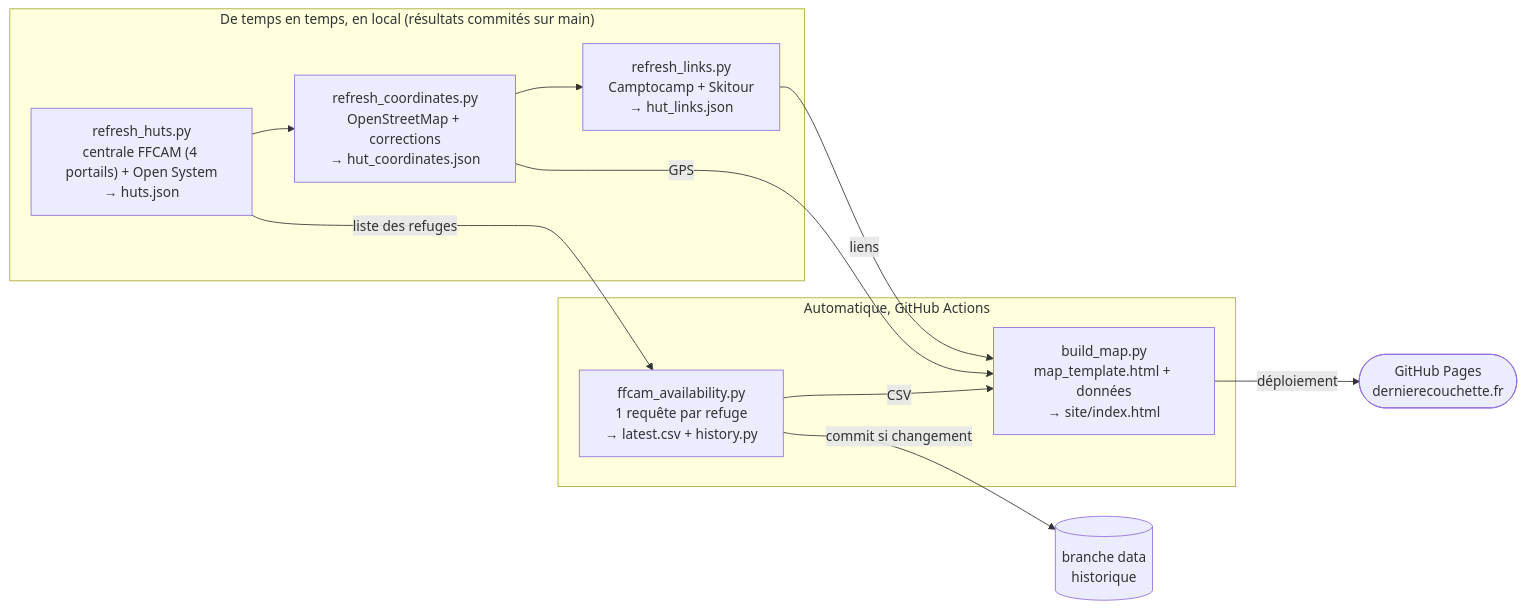
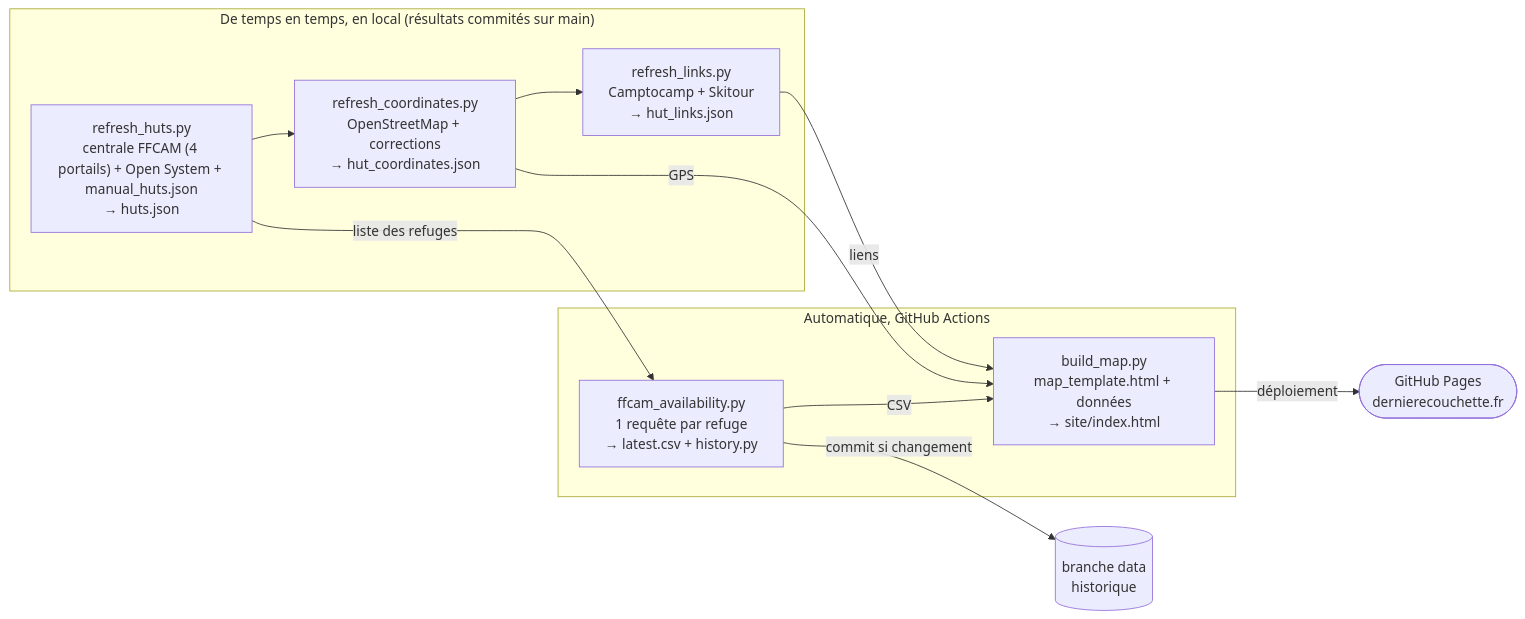
One commit to jor-di/ffcam-huts changed the diagram in HANDOVER.md. Above: the diagram before and after it, drawn with Mermaid. The commit also changed other lines of this file and 11 other files, not shown here.

````diff
--- a/HANDOVER.md
+++ b/HANDOVER.md
@@ -29,19 +30,19 @@
 ```mermaid
 flowchart LR
   subgraph local["De temps en temps, en local (résultats commités sur main)"]
-    huts["refresh_huts.py<br/>centrale FFCAM (4 portails) + Open System<br/>→ huts.json"]
+    huts["refresh_huts.py<br/>centrale FFCAM (4 portails) + Open System + manual_huts.json<br/>→ huts.json"]
     coords["refresh_coordinates.py<br/>OpenStreetMap + corrections<br/>→ hut_coordinates.json"]
     links["refresh_links.py<br/>Camptocamp + Skitour<br/>→ hut_links.json"]
     huts --> coords --> links
   end
   subgraph auto["Automatique, GitHub Actions"]
     avail["ffcam_availability.py<br/>1 requête par refuge<br/>→ latest.csv + history.py"]
     build["build_map.py<br/>map_template.html + données<br/>→ site/index.html"]
     avail -- CSV --> build
   end
   huts -- liste des refuges --> avail
   coords -- GPS --> build
   links -- liens --> build
   avail -- commit si changement --> data[("branche data<br/>historique")]
   build -- déploiement --> pages(["GitHub Pages<br/>dernierecouchette.fr"])
 ```
````
